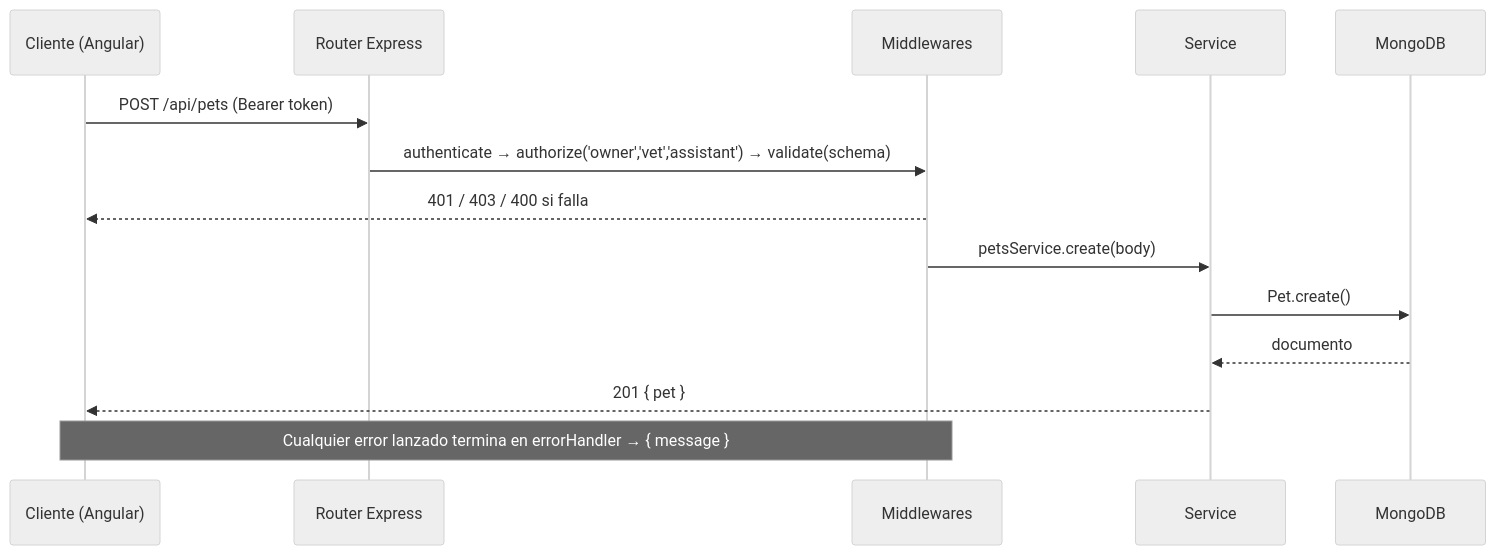
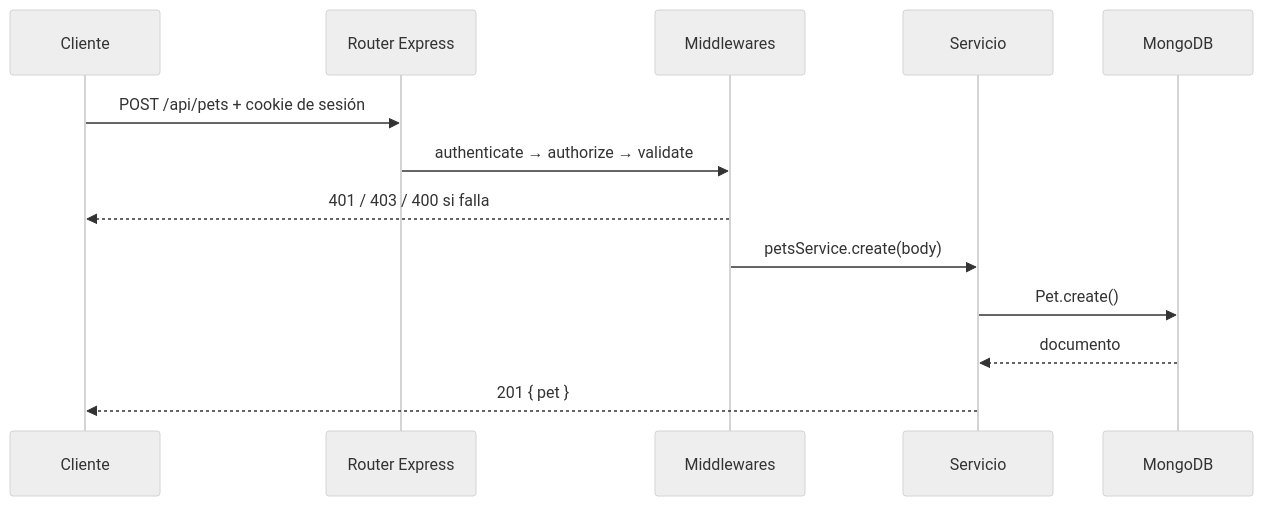
One commit to JuanDavidTriana/proyecto-final-VetCare-Clase- changed the second of 2 diagrams in docs/04-arquitectura.md. Above: the diagram before and after it, drawn with Mermaid (neutral theme). The commit also changed other lines of this file and 76 other files, not shown here.

````diff
--- a/docs/04-arquitectura.md
+++ b/docs/04-arquitectura.md
@@ -63,16 +66,15 @@
 ```mermaid
 sequenceDiagram
-    participant C as Cliente (Angular)
+    participant C as Cliente
     participant R as Router Express
     participant MW as Middlewares
-    participant S as Service
+    participant S as Servicio
     participant DB as MongoDB
-    C->>R: POST /api/pets (Bearer token)
-    R->>MW: authenticate → authorize('owner','vet','assistant') → validate(schema)
+    C->>R: POST /api/pets + cookie de sesión
+    R->>MW: authenticate → authorize → validate
     MW-->>C: 401 / 403 / 400 si falla
     MW->>S: petsService.create(body)
     S->>DB: Pet.create()
     DB-->>S: documento
     S-->>C: 201 { pet }
-    Note over MW,C: Cualquier error lanzado termina en errorHandler → { message }
 ```
````
